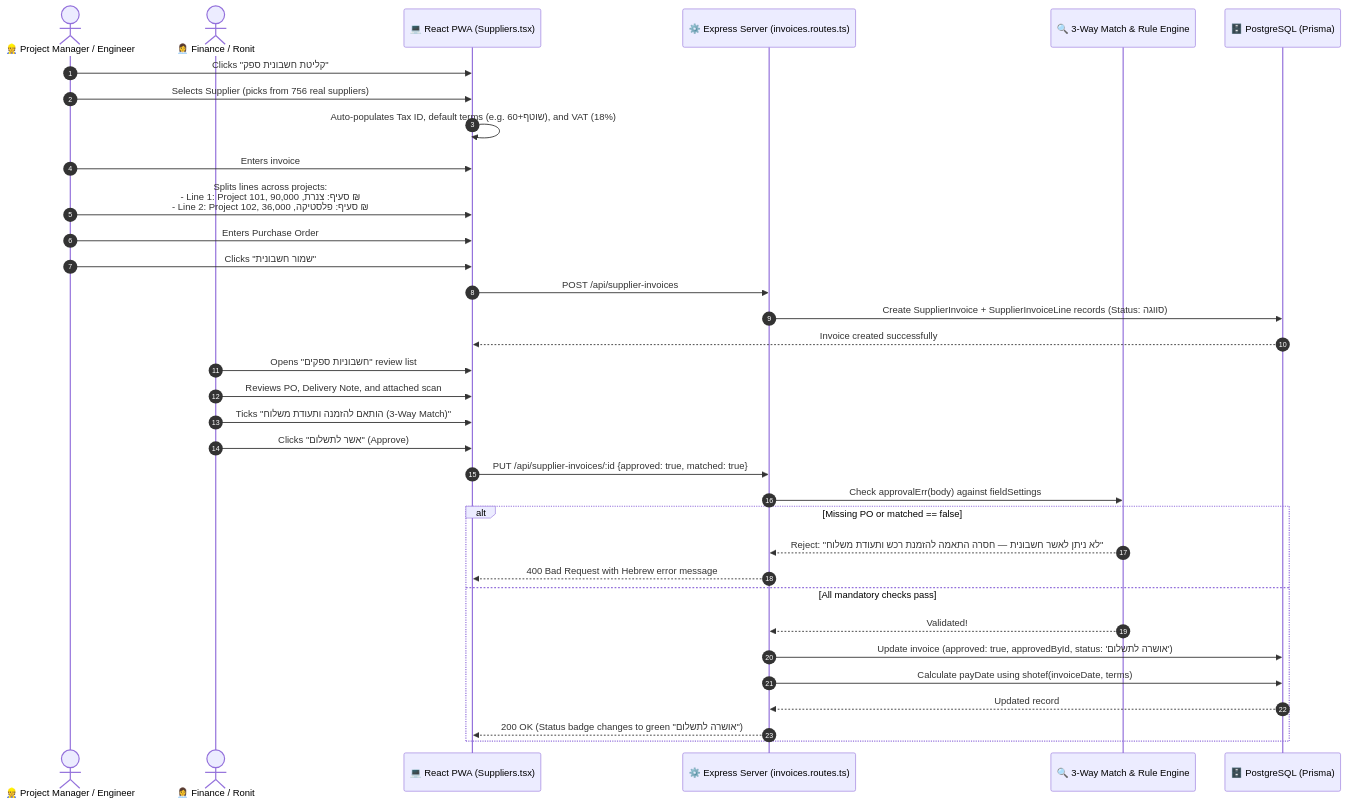
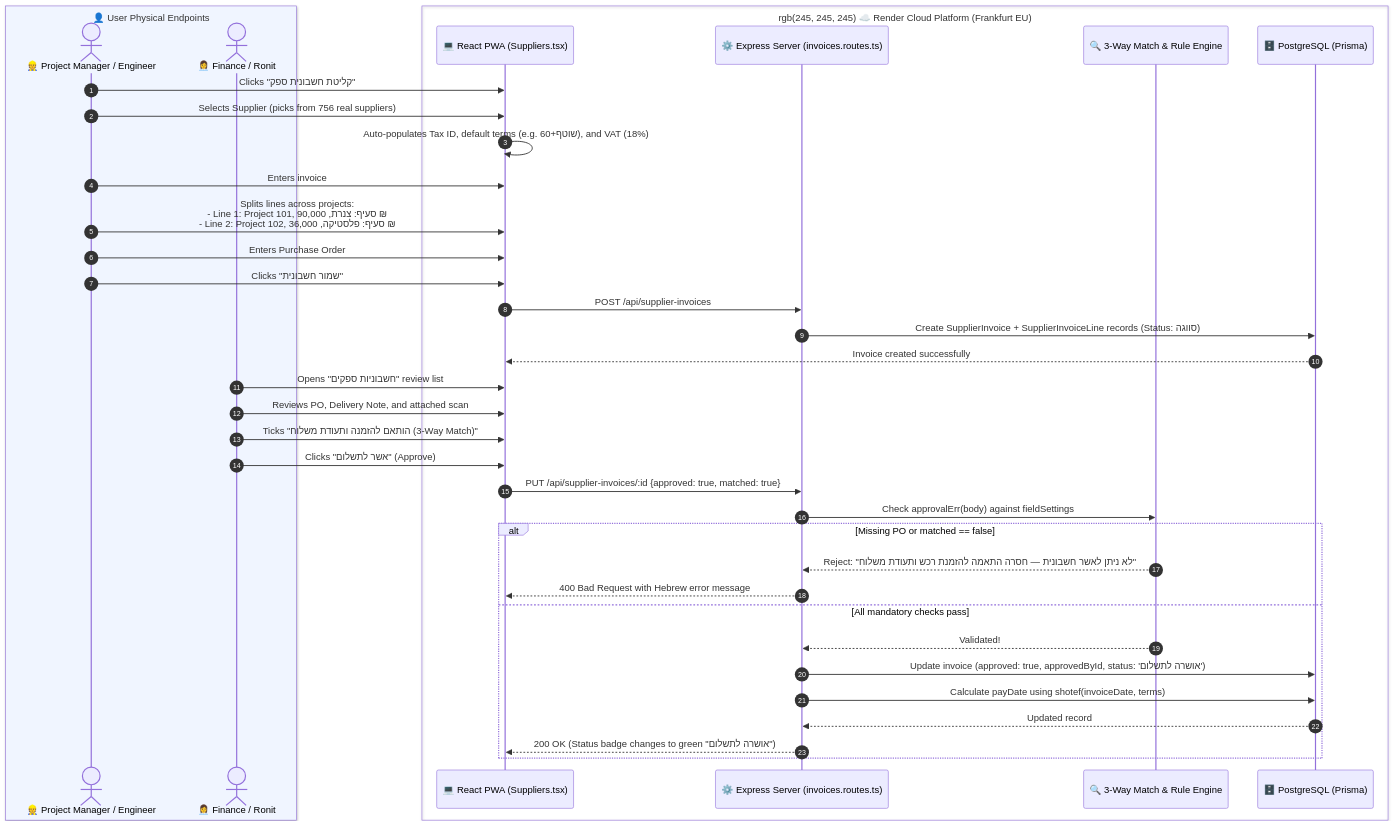
Before and after one commit to Arisamin/YakirErpAssistant: the third of 7 diagrams in docs/etaniv.md, drawn with Mermaid. The commit also changed other lines of this file, not shown here.

Commit message:
docs: add Mermaid box grouping by physical affinity to all 6 sequence diagrams in etaniv.md

````diff
--- a/docs/etaniv.md
+++ b/docs/etaniv.md
@@ -184,40 +190,46 @@
 ```mermaid
 sequenceDiagram
     autonumber
-    actor PM as 👷 Project Manager / Engineer
-    actor Finance as 👩‍💼 Finance / Ronit
-    participant Web as 💻 React PWA (Suppliers.tsx)
-    participant API as ⚙️ Express Server (invoices.routes.ts)
-    participant Validator as 🔍 3-Way Match & Rule Engine
-    participant DB as 🗄️ PostgreSQL (Prisma)
+
+    box rgb(240, 245, 255) 👤 User Physical Endpoints
+        actor PM as 👷 Project Manager / Engineer
+        actor Finance as 👩‍💼 Finance / Ronit
+    end
+
+    box rgb(245, 245, 245) ☁️ Render Cloud Platform (Frankfurt EU)
+        participant Web as 💻 React PWA (Suppliers.tsx)
+        participant API as ⚙️ Express Server (invoices.routes.ts)
+        participant Validator as 🔍 3-Way Match & Rule Engine
+        participant DB as 🗄️ PostgreSQL (Prisma)
+    end
 
     %% Step 1: Ingestion & Splitting
     PM->>Web: Clicks "קליטת חשבונית ספק"
     PM->>Web: Selects Supplier (picks from 756 real suppliers)
     Web->>Web: Auto-populates Tax ID, default terms (e.g. שוטף+60), and VAT (18%)
     PM->>Web: Enters invoice #, date, total amount before VAT
     PM->>Web: Splits lines across projects:<br/>- Line 1: Project 101, סעיף: צנרת, 90,000 ₪<br/>- Line 2: Project 102, סעיף: פלסטיקה, 36,000 ₪
     PM->>Web: Enters Purchase Order # (PO-2026-11) and Delivery Note # (DN-984)
     PM->>Web: Clicks "שמור חשבונית"
     Web->>API: POST /api/supplier-invoices
     API->>DB: Create SupplierInvoice + SupplierInvoiceLine records (Status: סווגה)
     DB-->>Web: Invoice created successfully
 
     %% Step 2: 3-Way Matching & Approval Gate
     Finance->>Web: Opens "חשבוניות ספקים" review list
     Finance->>Web: Reviews PO, Delivery Note, and attached scan
     Finance->>Web: Ticks "הותאם להזמנה ותעודת משלוח (3-Way Match)"
     Finance->>Web: Clicks "אשר לתשלום" (Approve)
     Web->>API: PUT /api/supplier-invoices/:id {approved: true, matched: true}
     API->>Validator: Check approvalErr(body) against fieldSettings
     alt Missing PO or matched == false
         Validator-->>API: Reject: "לא ניתן לאשר חשבונית — חסרה התאמה להזמנת רכש ותעודת משלוח"
         API-->>Web: 400 Bad Request with Hebrew error message
     else All mandatory checks pass
         Validator-->>API: Validated!
         API->>DB: Update invoice (approved: true, approvedById, status: 'אושרה לתשלום')
         API->>DB: Calculate payDate using shotef(invoiceDate, terms)
         DB-->>API: Updated record
         API-->>Web: 200 OK (Status badge changes to green "אושרה לתשלום")
     end
 ```
````
